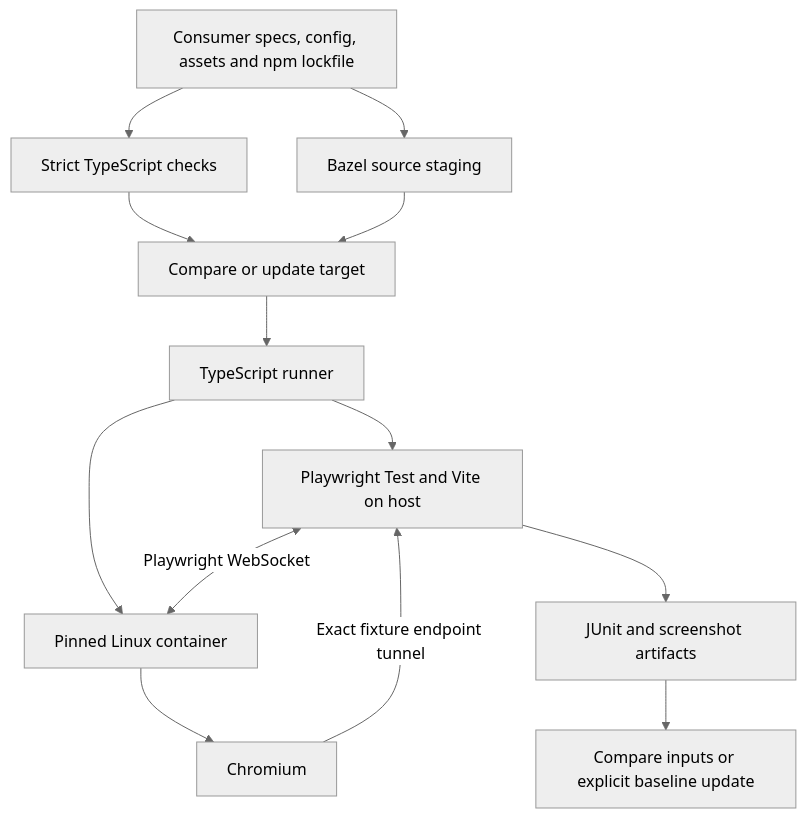
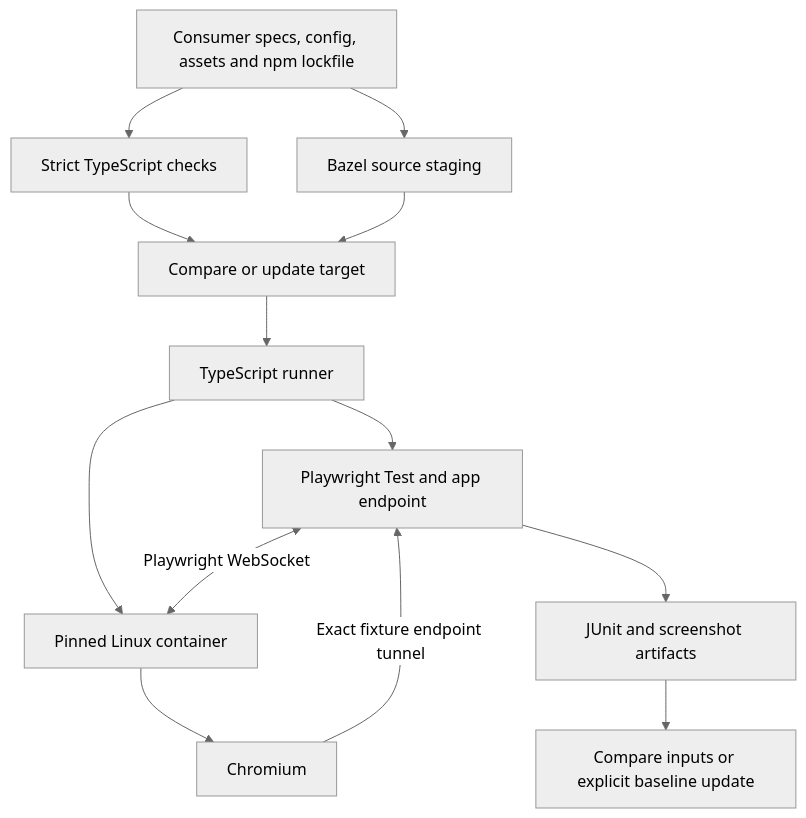
The diagram in docs/architecture.md (perplexityai/rules_web_e2e), drawn with Mermaid (neutral theme) before and after one commit. The commit also changed other lines of this file and 13 other files, not shown here.

````diff
--- a/docs/architecture.md
+++ b/docs/architecture.md
@@ -24,15 +24,15 @@
 ```mermaid
 flowchart TD
   Inputs[Consumer specs, config, assets and npm lockfile] --> Bazel[Bazel source staging]
   Inputs --> Types[Strict TypeScript checks]
   Types --> Test[Compare or update target]
   Bazel --> Test
   Test --> Runner[TypeScript runner]
-  Runner --> Host[Playwright Test and Vite on host]
+  Runner --> Host[Playwright Test and app endpoint]
   Runner --> Container[Pinned Linux container]
   Host <-->|Playwright WebSocket| Container
   Container --> Browser[Chromium]
   Browser -->|Exact fixture endpoint tunnel| Host
   Host --> Results[JUnit and screenshot artifacts]
   Results --> Baselines[Compare inputs or explicit baseline update]
 ```
````
